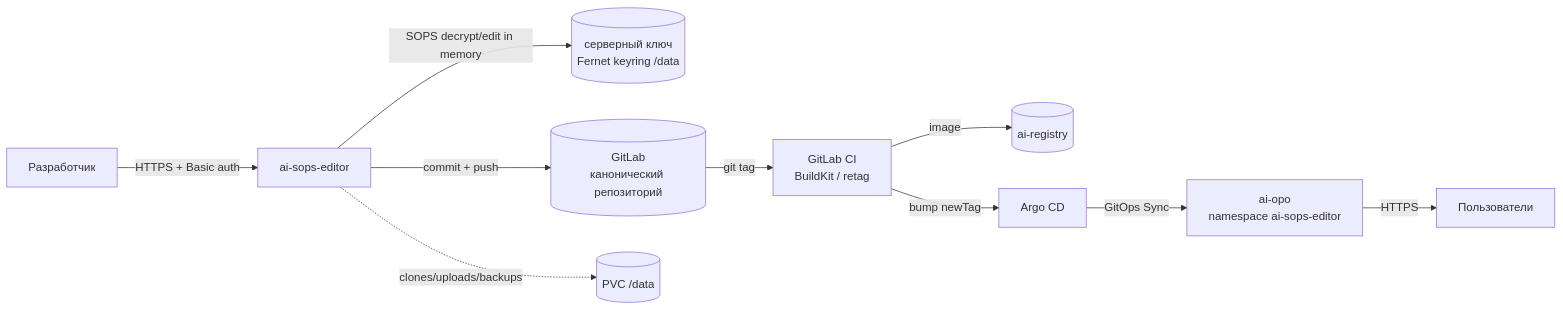
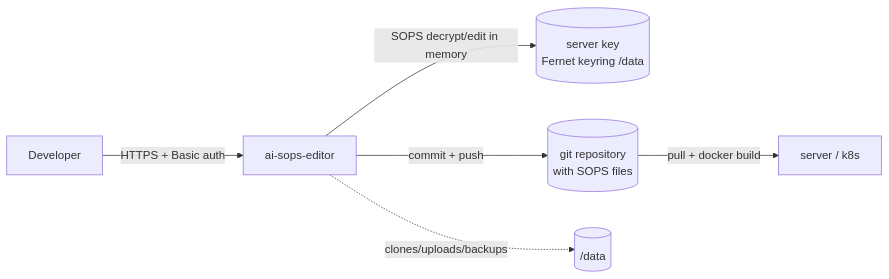
The diagram in README.md (DzmitrySha/sops-editor), drawn with Mermaid before and after one commit. The commit also changed other lines of this file and 27 other files, not shown here.

First line of the commit message:
chore(repo): make GitHub the canonical public repository

````diff
--- a/README.md
+++ b/README.md
@@ -65,12 +75,8 @@
 ```mermaid
 flowchart LR
-  dev[Разработчик] -->|HTTPS + Basic auth| web[ai-sops-editor]
-  web -->|SOPS decrypt/edit in memory| key[(серверный ключ<br/>Fernet keyring /data)]
-  web -->|commit + push| gl[(GitLab<br/>канонический репозиторий)]
-  gl -->|git tag| ci[GitLab CI<br/>BuildKit / retag]
-  ci -->|image| reg[(ai-registry)]
-  ci -->|bump newTag| argo[Argo CD]
-  argo -->|GitOps Sync| k8s[ai-opo<br/>namespace ai-sops-editor]
-  k8s -->|HTTPS| users[Пользователи]
-  web -.->|clones/uploads/backups| pvc[(PVC /data)]
+  dev[Developer] -->|HTTPS + Basic auth| web[ai-sops-editor]
+  web -->|SOPS decrypt/edit in memory| key[(server key<br/>Fernet keyring /data)]
+  web -->|commit + push| repo[(git repository<br/>with SOPS files)]
+  repo -->|pull + docker build| host[server / k8s]
+  web -.->|clones/uploads/backups| pvc[(/data)]
 ```
````
